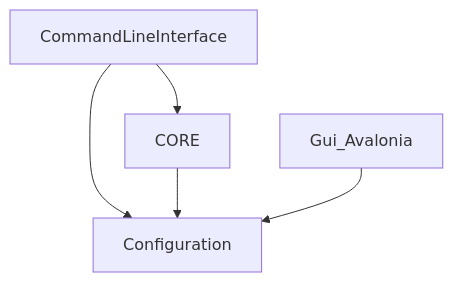
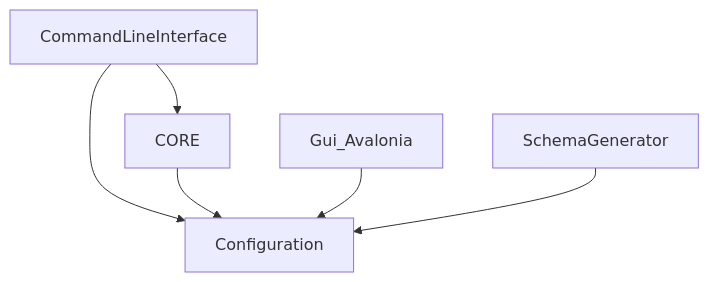
The diagram in docs/architecture/dependency-graph-mermaid.md (asienicki/slnx-mermaid), drawn with Mermaid before and after one commit. The commit also changed 37 other files, not shown here.

Commit message:
Generate JSON Schema from configuration model; add editor integration, CI check and tests (#107)

````diff
--- a/docs/architecture/dependency-graph-mermaid.md
+++ b/docs/architecture/dependency-graph-mermaid.md
@@ -1,8 +1,9 @@
 ```mermaid
 graph TD
     CommandLineInterface --> Configuration
     CommandLineInterface --> CORE
     CORE --> Configuration
     Gui_Avalonia --> Configuration
+    SchemaGenerator --> Configuration
 
 ```
````
